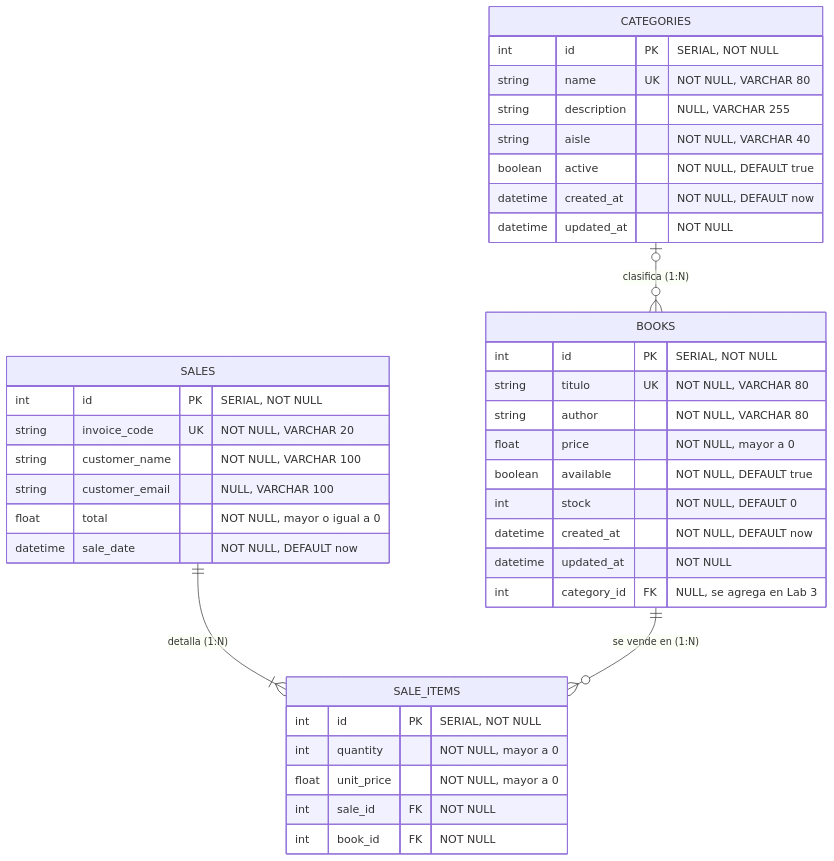
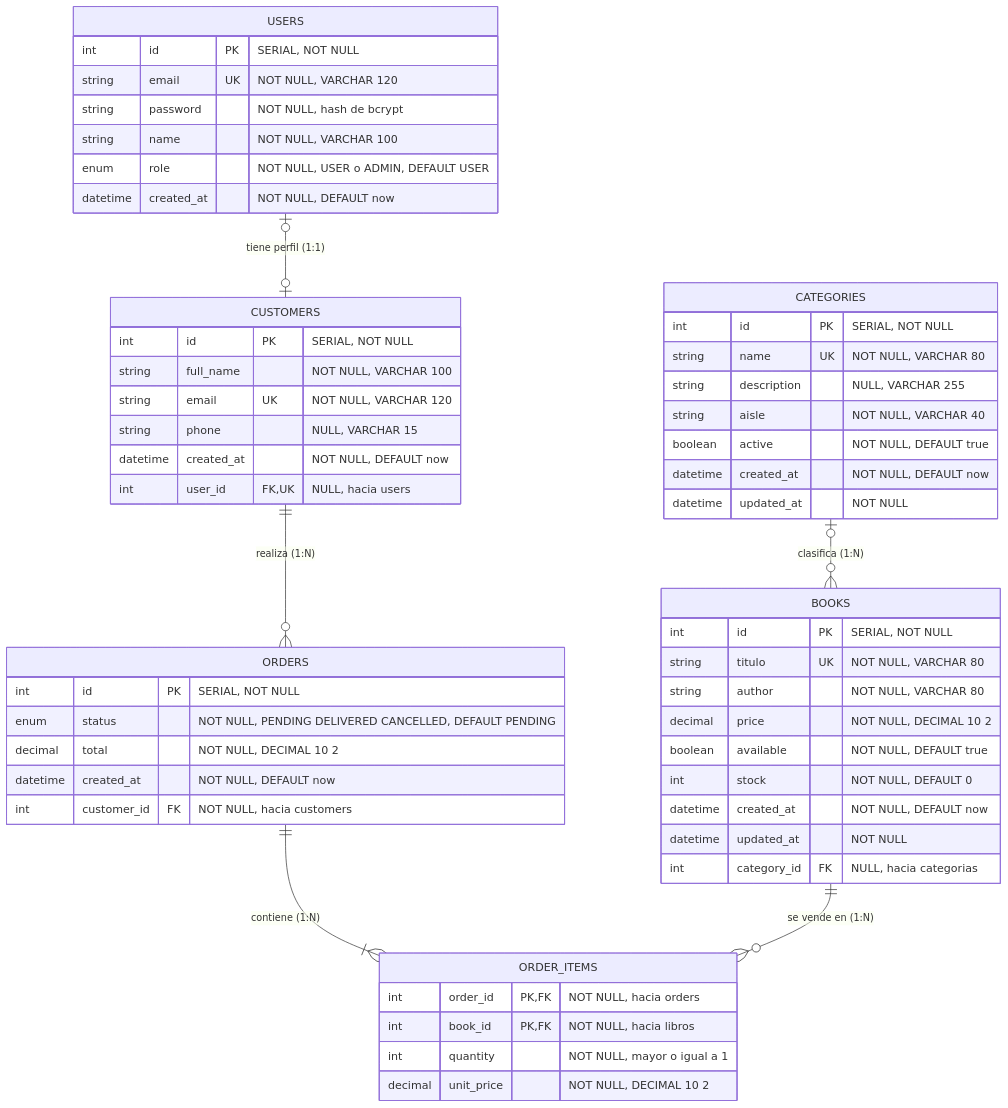
Before and after one commit to joseanxs/G03_Lab1_Libreria: the diagram in MODELO_ER.md, drawn with Mermaid. The commit also changed other lines of this file and 3 other files, not shown here.

Commit message:
schema con relaciones, migración relaciones y seed

````diff
--- a/MODELO_ER.md
+++ b/MODELO_ER.md
@@ -9,45 +9,63 @@
 ```mermaid
 erDiagram
+    USERS |o--o| CUSTOMERS : "tiene perfil (1:1)"
     CATEGORIES |o--o{ BOOKS : "clasifica (1:N)"
-    SALES ||--|{ SALE_ITEMS : "detalla (1:N)"
-    BOOKS ||--o{ SALE_ITEMS : "se vende en (1:N)"
- 
-    BOOKS {
+    CUSTOMERS ||--o{ ORDERS : "realiza (1:N)"
+    ORDERS ||--|{ ORDER_ITEMS : "contiene (1:N)"
+    BOOKS ||--o{ ORDER_ITEMS : "se vende en (1:N)"
+
+    USERS {
         int id PK "SERIAL, NOT NULL"
-        string titulo UK "NOT NULL, VARCHAR 80"
-        string author "NOT NULL, VARCHAR 80"
-        float price "NOT NULL, mayor a 0"
-        boolean available "NOT NULL, DEFAULT true"
-        int stock "NOT NULL, DEFAULT 0"
+        string email UK "NOT NULL, VARCHAR 120"
+        string password "NOT NULL, hash de bcrypt"
+        string name "NOT NULL, VARCHAR 100"
+        enum role "NOT NULL, USER o ADMIN, DEFAULT USER"
         datetime created_at "NOT NULL, DEFAULT now"
-        datetime updated_at "NOT NULL"
-        int category_id FK "NULL, se agrega en Lab 3"
     }
- 
+
+    CUSTOMERS {
+        int id PK "SERIAL, NOT NULL"
+        string full_name "NOT NULL, VARCHAR 100"
+        string email UK "NOT NULL, VARCHAR 120"
+        string phone "NULL, VARCHAR 15"
+        datetime created_at "NOT NULL, DEFAULT now"
+        int user_id FK, UK "NULL, hacia users"
+    }
+
     CATEGORIES {
         int id PK "SERIAL, NOT NULL"
         string name UK "NOT NULL, VARCHAR 80"
         string description "NULL, VARCHAR 255"
         string aisle "NOT NULL, VARCHAR 40"
         boolean active "NOT NULL, DEFAULT true"
         datetime created_at "NOT NULL, DEFAULT now"
         datetime updated_at "NOT NULL"
     }
- 
-    SALES {
+
+    BOOKS {
         int id PK "SERIAL, NOT NULL"
-        string invoice_code UK "NOT NULL, VARCHAR 20"
-        string customer_name "NOT NULL, VARCHAR 100"
-        string customer_email "NULL, VARCHAR 100"
-        float total "NOT NULL, mayor o igual a 0"
-        datetime sale_date "NOT NULL, DEFAULT now"
+        string titulo UK "NOT NULL, VARCHAR 80"
+        string author "NOT NULL, VARCHAR 80"
+        decimal price "NOT NULL, DECIMAL 10 2"
+        boolean available "NOT NULL, DEFAULT true"
+        int stock "NOT NULL, DEFAULT 0"
+        datetime created_at "NOT NULL, DEFAULT now"
+        datetime updated_at "NOT NULL"
+        int category_id FK "NULL, hacia categorias"
     }
- 
-    SALE_ITEMS {
+
+    ORDERS {
         int id PK "SERIAL, NOT NULL"
-        int quantity "NOT NULL, mayor a 0"
-        float unit_price "NOT NULL, mayor a 0"
-        int sale_id FK "NOT NULL"
-        int book_id FK "NOT NULL"
+        enum status "NOT NULL, PENDING DELIVERED CANCELLED, DEFAULT PENDING"
+        decimal total "NOT NULL, DECIMAL 10 2"
+        datetime created_at "NOT NULL, DEFAULT now"
+        int customer_id FK "NOT NULL, hacia customers"
+    }
+
+    ORDER_ITEMS {
+        int order_id PK, FK "NOT NULL, hacia orders"
+        int book_id PK, FK "NOT NULL, hacia libros"
+        int quantity "NOT NULL, mayor o igual a 1"
+        decimal unit_price "NOT NULL, DECIMAL 10 2"
     }
 ```
````
